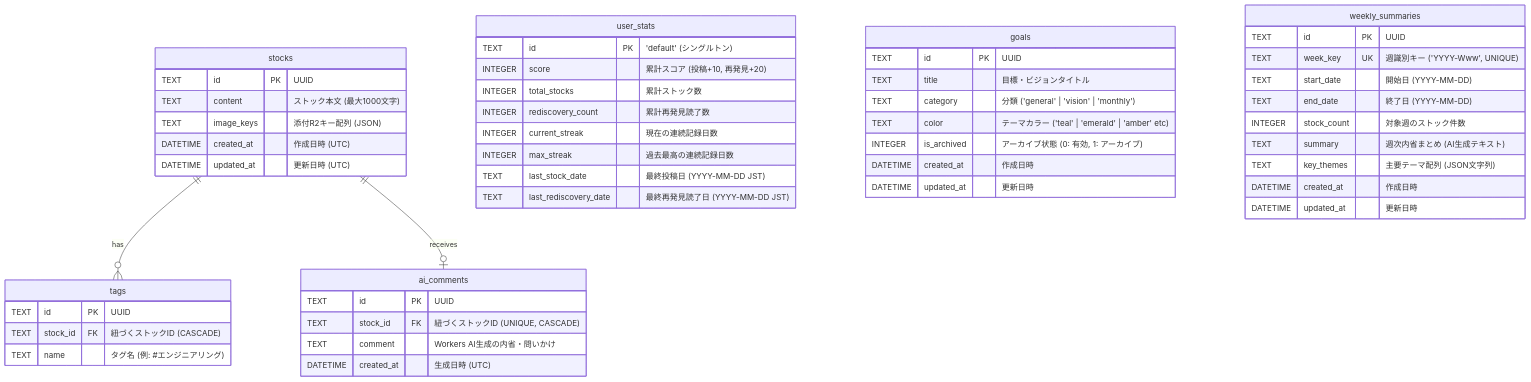
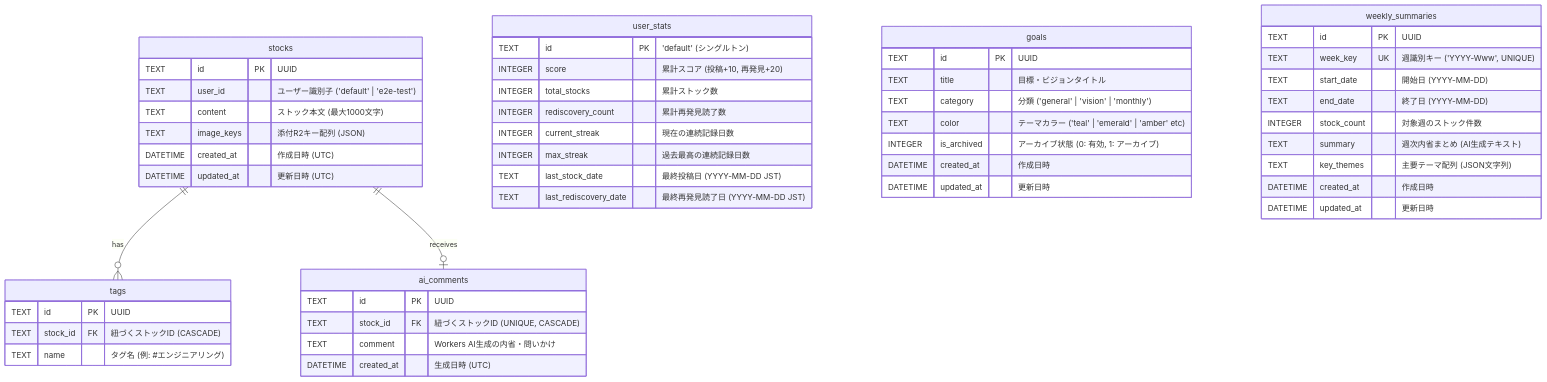
The second of 2 diagrams in docs/detailed-design.md (oharato/stockly), drawn with Mermaid before and after one commit. The commit also changed other lines of this file and 10 other files, not shown here.

Commit message:
feat: implement isolated test user for production e2e write lifecycle tests and optimistic deletion

````diff
--- a/docs/detailed-design.md
+++ b/docs/detailed-design.md
@@ -245,59 +245,60 @@
 ```mermaid
 erDiagram
     stocks ||--o{ tags : "has"
     stocks ||--o| ai_comments : "receives"
 
     stocks {
         TEXT id PK "UUID"
+        TEXT user_id "ユーザー識別子 ('default' | 'e2e-test')"
         TEXT content "ストック本文 (最大1000文字)"
         TEXT image_keys "添付R2キー配列 (JSON)"
         DATETIME created_at "作成日時 (UTC)"
         DATETIME updated_at "更新日時 (UTC)"
     }
 
     tags {
         TEXT id PK "UUID"
         TEXT stock_id FK "紐づくストックID (CASCADE)"
         TEXT name "タグ名 (例: #エンジニアリング)"
     }
 
     ai_comments {
         TEXT id PK "UUID"
         TEXT stock_id FK "紐づくストックID (UNIQUE, CASCADE)"
         TEXT comment "Workers AI生成の内省・問いかけ"
         DATETIME created_at "生成日時 (UTC)"
     }
 
     user_stats {
         TEXT id PK "'default' (シングルトン)"
         INTEGER score "累計スコア (投稿+10, 再発見+20)"
         INTEGER total_stocks "累計ストック数"
         INTEGER rediscovery_count "累計再発見読了数"
         INTEGER current_streak "現在の連続記録日数"
         INTEGER max_streak "過去最高の連続記録日数"
         TEXT last_stock_date "最終投稿日 (YYYY-MM-DD JST)"
         TEXT last_rediscovery_date "最終再発見読了日 (YYYY-MM-DD JST)"
     }
 
     goals {
         TEXT id PK "UUID"
         TEXT title "目標・ビジョンタイトル"
         TEXT category "分類 ('general' | 'vision' | 'monthly')"
         TEXT color "テーマカラー ('teal' | 'emerald' | 'amber' etc)"
         INTEGER is_archived "アーカイブ状態 (0: 有効, 1: アーカイブ)"
         DATETIME created_at "作成日時"
         DATETIME updated_at "更新日時"
     }
 
     weekly_summaries {
         TEXT id PK "UUID"
         TEXT week_key UK "週識別キー ('YYYY-Www', UNIQUE)"
         TEXT start_date "開始日 (YYYY-MM-DD)"
         TEXT end_date "終了日 (YYYY-MM-DD)"
         INTEGER stock_count "対象週のストック件数"
         TEXT summary "週次内省まとめ (AI生成テキスト)"
         TEXT key_themes "主要テーマ配列 (JSON文字列)"
         DATETIME created_at "作成日時"
         DATETIME updated_at "更新日時"
     }
 ```
````
